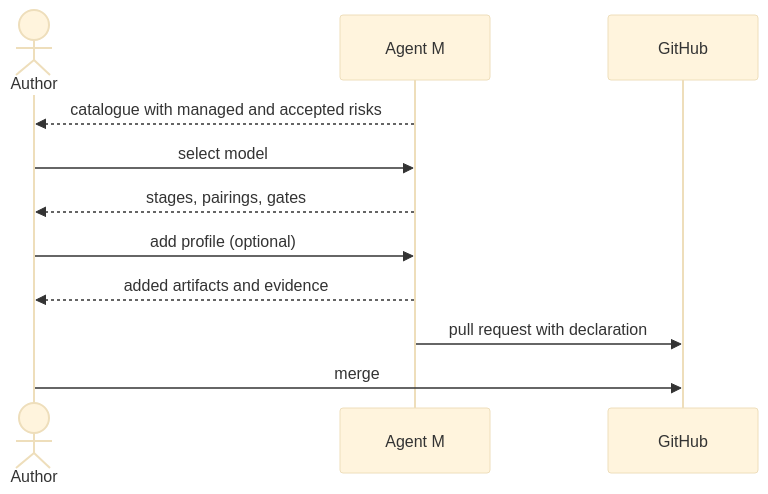
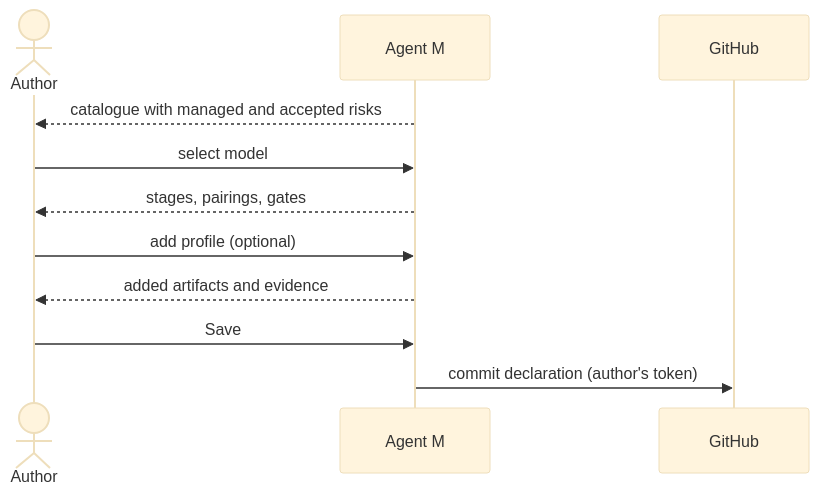
Before and after one commit to akmaier/agent-m: the diagram in docs/use-cases/UC-002-choose-a-process-model.md, drawn with Mermaid (base theme). The commit also changed other lines of this file and 11 other files, not shown here.

````diff
--- a/docs/use-cases/UC-002-choose-a-process-model.md
+++ b/docs/use-cases/UC-002-choose-a-process-model.md
@@ -41,13 +45,13 @@
 ```mermaid
 sequenceDiagram
     actor A as Author
     participant M as Agent M
     participant G as GitHub
     M-->>A: catalogue with managed and accepted risks
     A->>M: select model
     M-->>A: stages, pairings, gates
     A->>M: add profile (optional)
     M-->>A: added artifacts and evidence
-    M->>G: pull request with declaration
-    A->>G: merge
+    A->>M: Save
+    M->>G: commit declaration (author's token)
 ```
````
